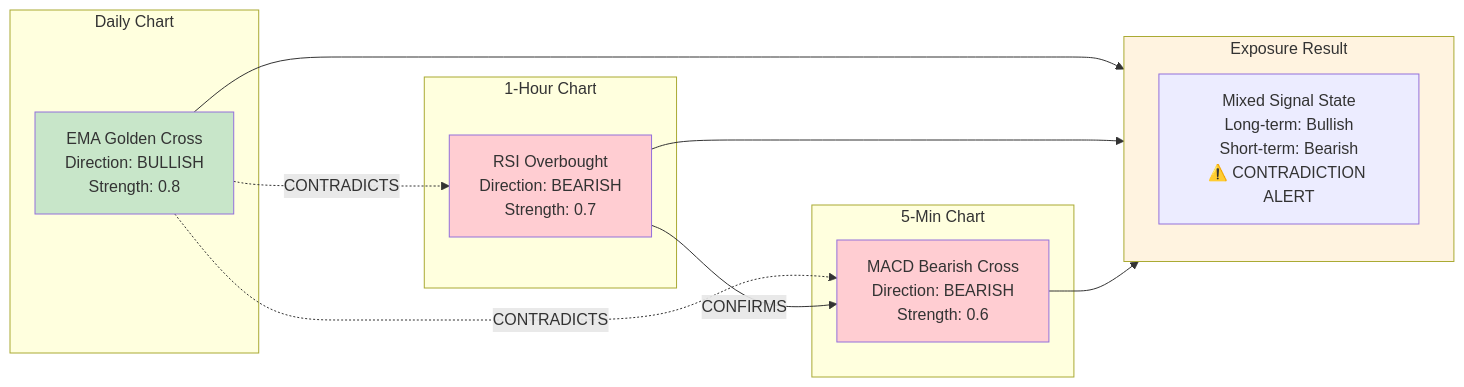
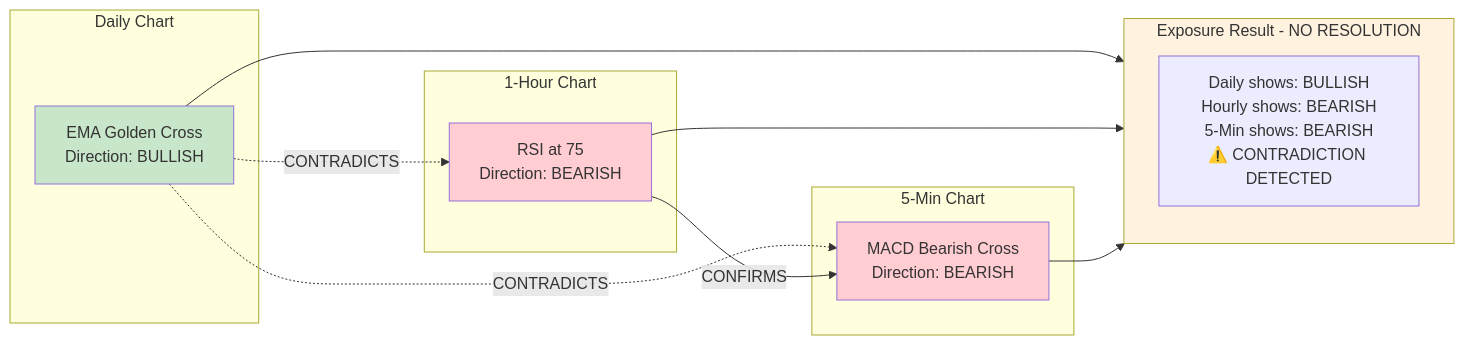
One commit to Nevillemehta-Claude/CIA-SIE-PURE changed the ninth of 23 diagrams in docs/CIA-SIE_ARCHITECTURE_FLOWCHARTS.md. Above: the diagram before and after it, drawn with Mermaid. The commit also changed other lines of this file and 9 other files, not shown here.

````diff
--- a/docs/CIA-SIE_ARCHITECTURE_FLOWCHARTS.md
+++ b/docs/CIA-SIE_ARCHITECTURE_FLOWCHARTS.md
@@ -367,31 +365,33 @@
 ```mermaid
 flowchart LR
     subgraph Daily["Daily Chart"]
-        D_SIG[EMA Golden Cross<br/>Direction: BULLISH<br/>Strength: 0.8]
+        D_SIG[EMA Golden Cross<br/>Direction: BULLISH]
     end
 
     subgraph Hourly["1-Hour Chart"]
-        H_SIG[RSI Overbought<br/>Direction: BEARISH<br/>Strength: 0.7]
+        H_SIG[RSI at 75<br/>Direction: BEARISH]
     end
 
     subgraph FiveMin["5-Min Chart"]
-        M_SIG[MACD Bearish Cross<br/>Direction: BEARISH<br/>Strength: 0.6]
+        M_SIG[MACD Bearish Cross<br/>Direction: BEARISH]
     end
+    %% CONSTITUTIONAL: No strength/confidence values - signals shown with equal weight
 
     D_SIG -.->|CONTRADICTS| H_SIG
     D_SIG -.->|CONTRADICTS| M_SIG
     H_SIG -->|CONFIRMS| M_SIG
 
-    subgraph Result["Exposure Result"]
-        RES[Mixed Signal State<br/>Long-term: Bullish<br/>Short-term: Bearish<br/>⚠️ CONTRADICTION ALERT]
+    subgraph Result["Exposure Result - NO RESOLUTION"]
+        RES[Daily shows: BULLISH<br/>Hourly shows: BEARISH<br/>5-Min shows: BEARISH<br/>⚠️ CONTRADICTION DETECTED]
     end
+    %% CONSTITUTIONAL: Both sides shown with EQUAL prominence - user decides
 
     D_SIG --> Result
     H_SIG --> Result
     M_SIG --> Result
 
     style D_SIG fill:#c8e6c9
     style H_SIG fill:#ffcdd2
     style M_SIG fill:#ffcdd2
     style Result fill:#fff3e0
 ```
````
